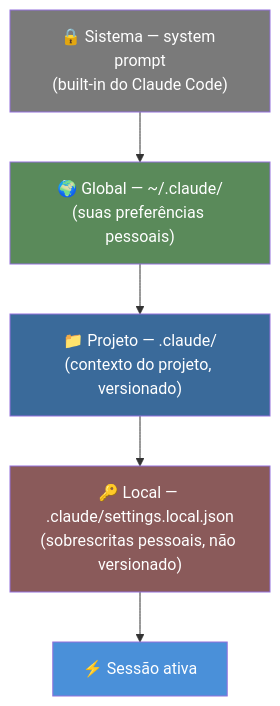
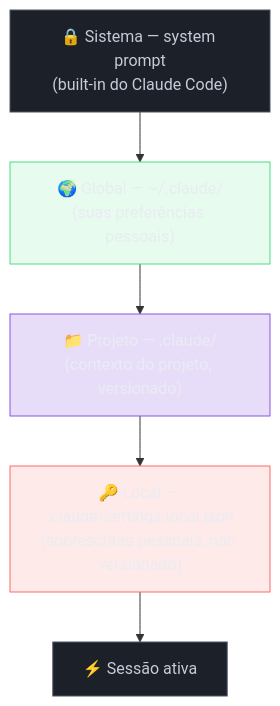
The first of 2 diagrams in 03-Dominios/Tecnologia/IA/Claude Code/Configuração/01 - Hierarquia de configuração.md (josenaldo/codex-technomanticus), drawn with Mermaid before and after one commit. The commit also changed other lines of this file and 1181 other files, not shown here.

First line of the commit message:
fix(diagramas): paleta do sistema no lugar de cor cravada no markdown

````diff
--- a/03-Dominios/Tecnologia/IA/Claude Code/Configuração/01 - Hierarquia de configuração.md
+++ b/03-Dominios/Tecnologia/IA/Claude Code/Configuração/01 - Hierarquia de configuração.md
@@ -33,16 +33,20 @@
 ```mermaid
 flowchart TD
+    classDef neutro fill:#1B2029,stroke:#4E5666,color:#C6CCD8
+    classDef ok fill:#4ADE8021,stroke:#4ADE80,color:#E9ECF2
+    classDef marca fill:#8855DF33,stroke:#8855DF,color:#E9ECF2
+    classDef falha fill:#FF6B6B24,stroke:#FF6B6B,color:#E9ECF2
     S["🔒 Sistema — system prompt\n(built-in do Claude Code)"]
     G["🌍 Global — ~/.claude/\n(suas preferências pessoais)"]
     P["📁 Projeto — .claude/\n(contexto do projeto, versionado)"]
     L["🔑 Local — .claude/settings.local.json\n(sobrescritas pessoais, não versionado)"]
     A["⚡ Sessão ativa"]
 
     S --> G --> P --> L --> A
 
-    style S fill:#7a7a7a,color:#fff
-    style G fill:#5a8a5a,color:#fff
-    style P fill:#3a6a9a,color:#fff
-    style L fill:#8a5a5a,color:#fff
-    style A fill:#4a90d9,color:#fff
+    class S neutro
+    class G ok
+    class P marca
+    class L falha
+    class A neutro
 ```
````
